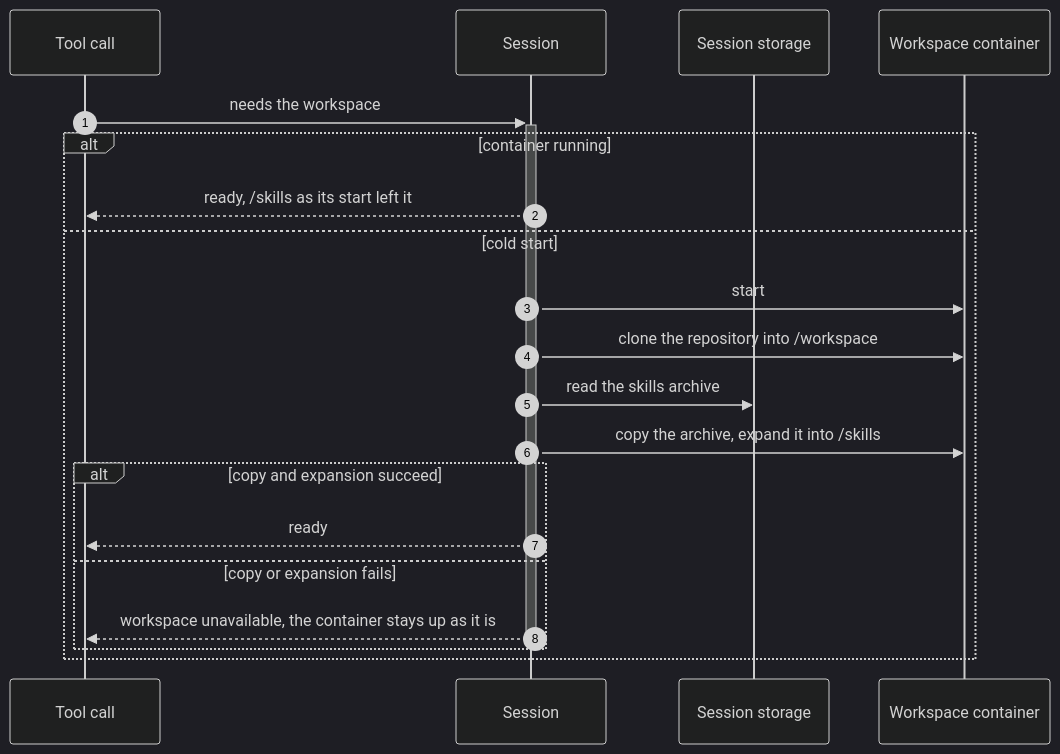
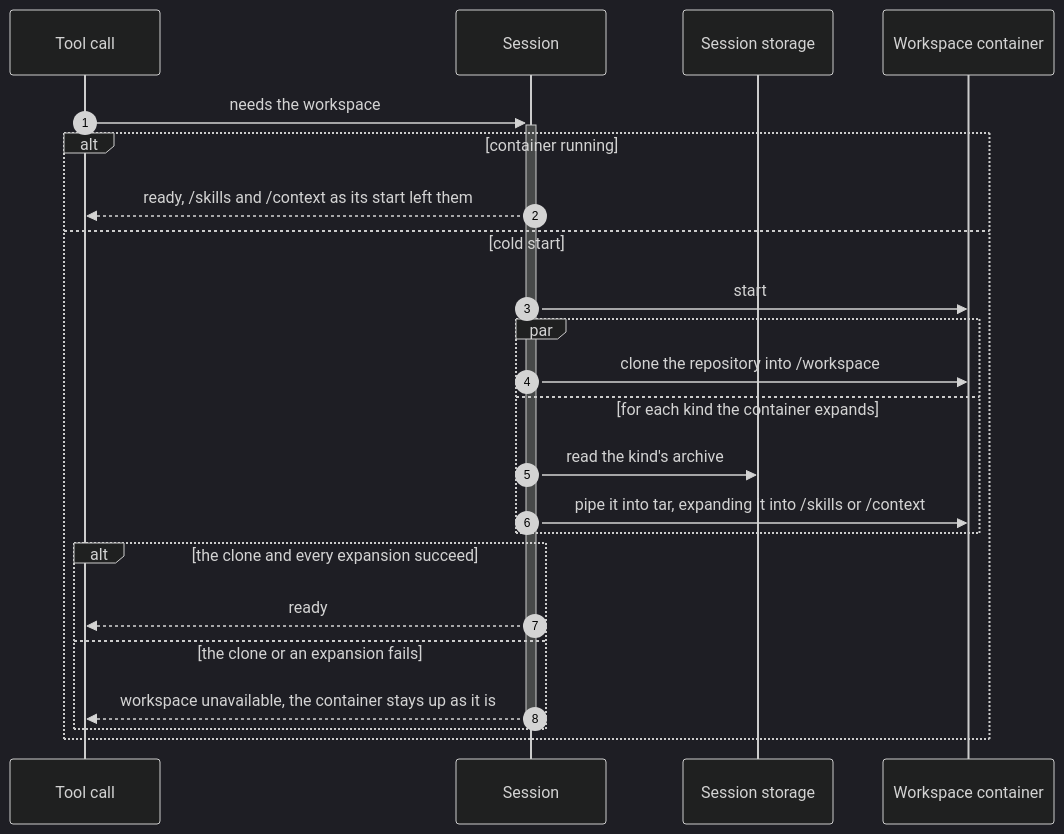
One commit to asermax/tentacles changed the seventh of 9 diagrams in docs/technical-design/sessions.md. Above: the diagram before and after it, drawn with Mermaid (dark theme). The commit also changed other lines of this file and 5 other files, not shown here.

Commit message:
docs: describe the archive kinds, the archive store and context files

````diff
--- a/docs/technical-design/sessions.md
+++ b/docs/technical-design/sessions.md
@@ -337,22 +343,25 @@
 ```mermaid
 sequenceDiagram
     autonumber
     participant T as Tool call
     participant S as Session
     participant DB as Session storage
     participant C as Workspace container
     T->>+S: needs the workspace
     alt container running
-        S-->>T: ready, /skills as its start left it
+        S-->>T: ready, /skills and /context as its start left them
     else cold start
         S->>C: start
-        S->>C: clone the repository into /workspace
-        S->>DB: read the skills archive
-        S->>C: copy the archive, expand it into /skills
-        alt copy and expansion succeed
+        par
+            S->>C: clone the repository into /workspace
+        and for each kind the container expands
+            S->>DB: read the kind's archive
+            S->>C: pipe it into tar, expanding it into /skills or /context
+        end
+        alt the clone and every expansion succeed
             S-->>T: ready
-        else copy or expansion fails
+        else the clone or an expansion fails
             S-->>-T: workspace unavailable, the container stays up as it is
         end
     end
 ```
````
